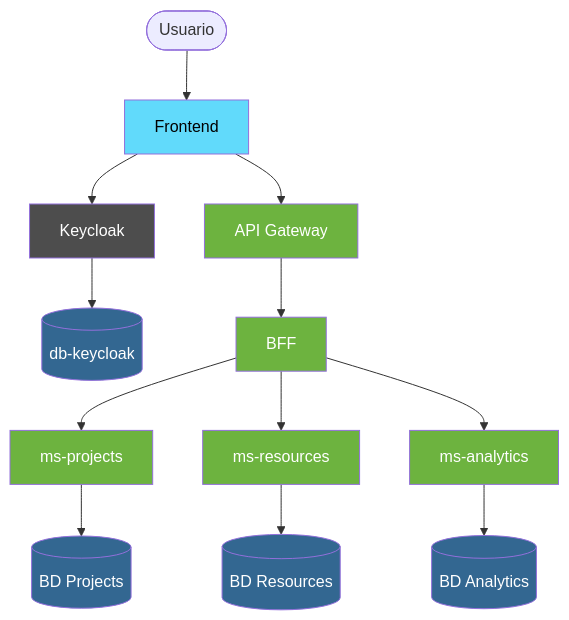
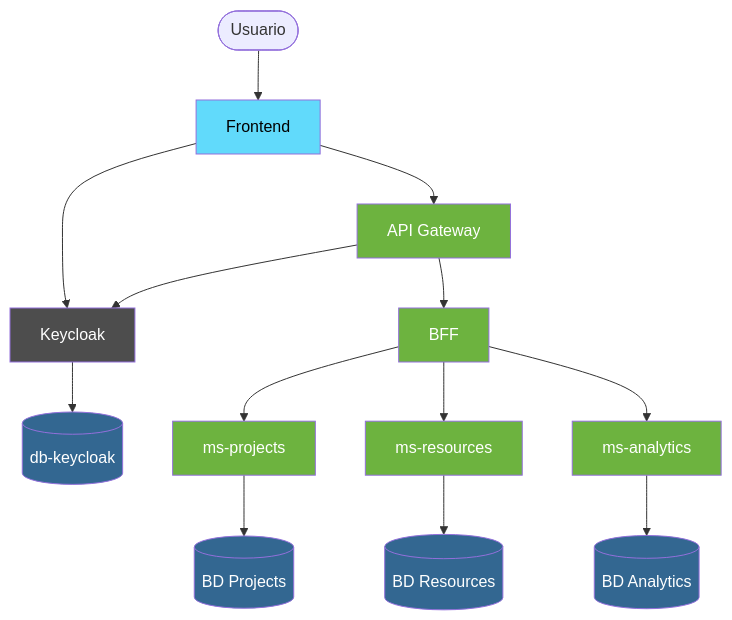
Before and after one commit to najescobar-ui/innovatechSolutionNEEP_FS: the first of 8 diagrams in README.md, drawn with Mermaid.

````diff
--- a/README.md
+++ b/README.md
@@ -64,39 +64,40 @@
 ```mermaid
 graph TB
     User([Usuario])
     FE[Frontend]
     KC[Keycloak]
     DBKC[(db-keycloak)]
     GW[API Gateway]
     BFF[BFF]
     MSP[ms-projects]
     MSR[ms-resources]
     MSA[ms-analytics]
     DBP[(BD Projects)]
     DBR[(BD Resources)]
     DBA[(BD Analytics)]
 
     User --> FE
     FE --> GW
+    GW --> KC
     FE --> KC
     KC --> DBKC
     GW --> BFF
     BFF --> MSP
     BFF --> MSR
     BFF --> MSA
     MSP --> DBP
     MSR --> DBR
     MSA --> DBA
 
     style FE fill:#61DAFB,color:#000
     style KC fill:#4D4D4D,color:#fff
     style GW fill:#6DB33F,color:#fff
     style BFF fill:#6DB33F,color:#fff
     style MSP fill:#6DB33F,color:#fff
     style MSR fill:#6DB33F,color:#fff
     style MSA fill:#6DB33F,color:#fff
     style DBP fill:#336791,color:#fff
     style DBR fill:#336791,color:#fff
     style DBA fill:#336791,color:#fff
     style DBKC fill:#336791,color:#fff
 ```
````
